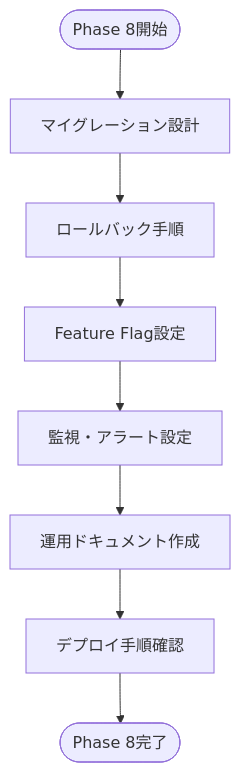
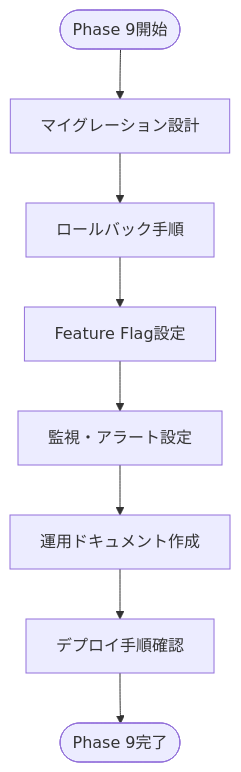
Before and after one commit to tasai-lab/fractal-dev-workflow: the eighth of 10 diagrams in docs/workflow-flow.md, drawn with Mermaid. The commit also changed other lines of this file and 14 other files, not shown here.

````diff
--- a/docs/workflow-flow.md
+++ b/docs/workflow-flow.md
@@ -329,10 +331,10 @@
 ```mermaid
 flowchart TD
-    START([Phase 8開始]) --> MIG[マイグレーション設計]
+    START([Phase 9開始]) --> MIG[マイグレーション設計]
     MIG --> ROLL[ロールバック手順]
     ROLL --> FLAG[Feature Flag設定]
     FLAG --> MONITOR[監視・アラート設定]
     MONITOR --> DOC[運用ドキュメント作成]
     DOC --> DEPLOY[デプロイ手順確認]
-    DEPLOY --> END([Phase 8完了])
+    DEPLOY --> END([Phase 9完了])
 ```
````
